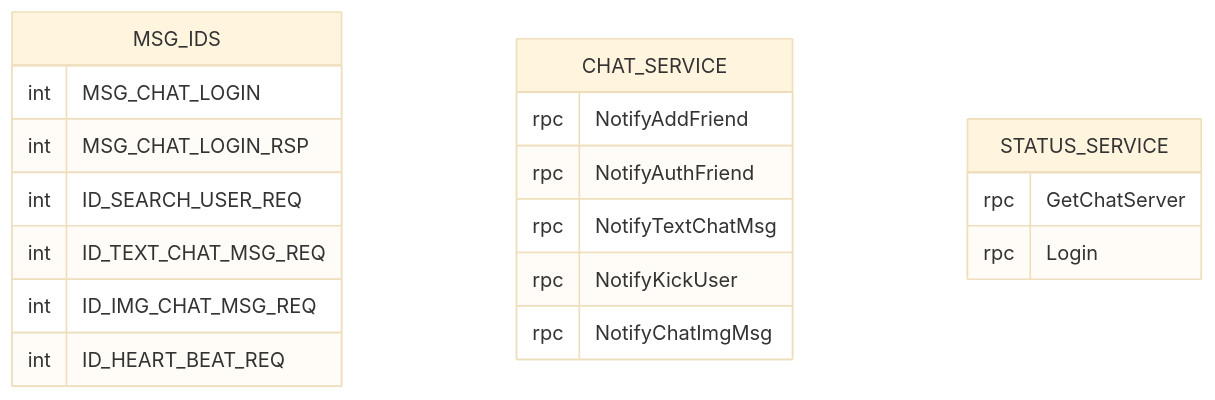
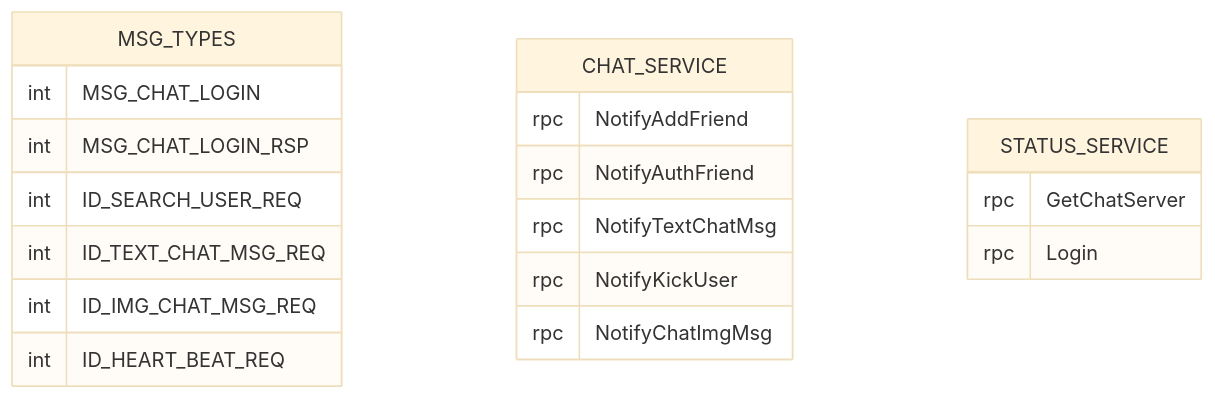
The tenth of 11 diagrams in .qoder/repowiki/zh/content/架构设计/微服务架构设计/ChatServer聊天核心服务/ChatServer聊天核心服务.md (echo9923/mychatter), drawn with Mermaid (base theme) before and after one commit. The commit also changed other lines of this file and 128 other files, not shown here.

````diff
--- a/.qoder/repowiki/zh/content/架构设计/微服务架构设计/ChatServer聊天核心服务/ChatServer聊天核心服务.md
+++ b/.qoder/repowiki/zh/content/架构设计/微服务架构设计/ChatServer聊天核心服务/ChatServer聊天核心服务.md
@@ -348,22 +348,22 @@
 ```mermaid
 erDiagram
-MSG_IDS {
+MSG_TYPES {
 int MSG_CHAT_LOGIN
 int MSG_CHAT_LOGIN_RSP
 int ID_SEARCH_USER_REQ
 int ID_TEXT_CHAT_MSG_REQ
 int ID_IMG_CHAT_MSG_REQ
 int ID_HEART_BEAT_REQ
 }
 CHAT_SERVICE {
 rpc NotifyAddFriend
 rpc NotifyAuthFriend
 rpc NotifyTextChatMsg
 rpc NotifyKickUser
 rpc NotifyChatImgMsg
 }
 STATUS_SERVICE {
 rpc GetChatServer
 rpc Login
 }
 ```
````
